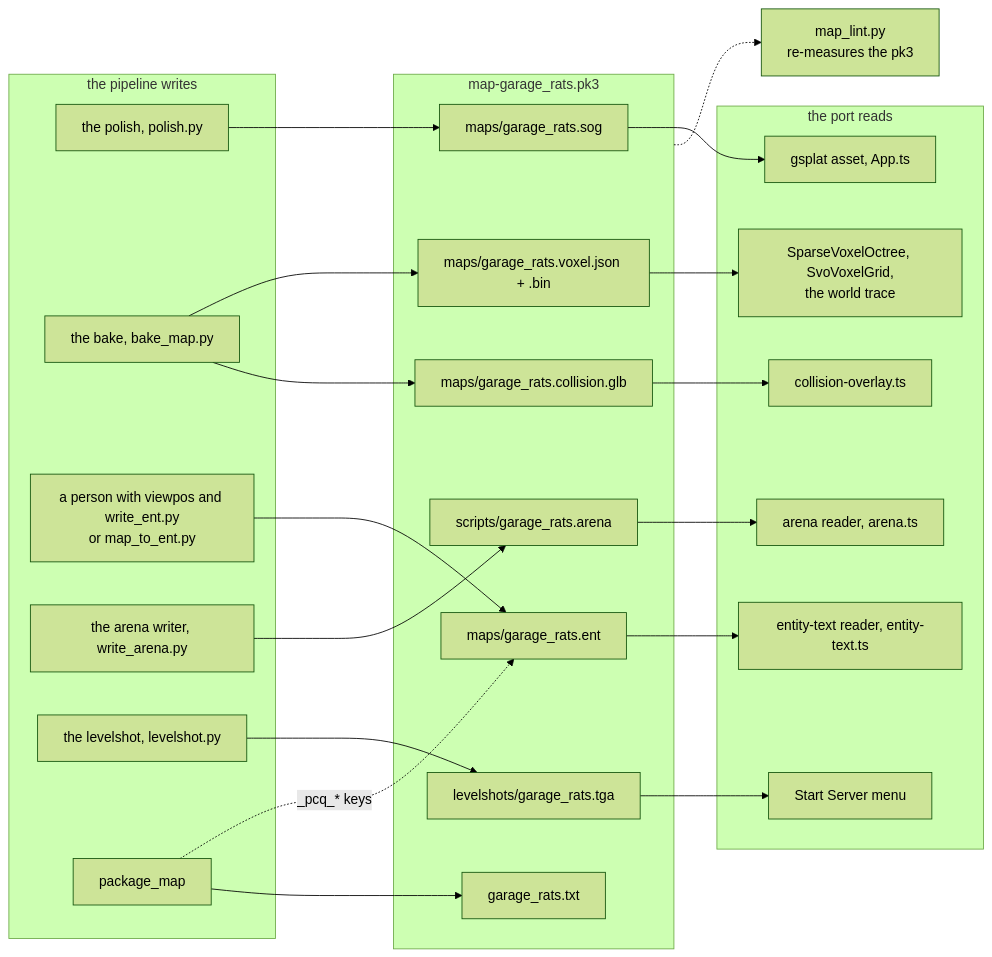
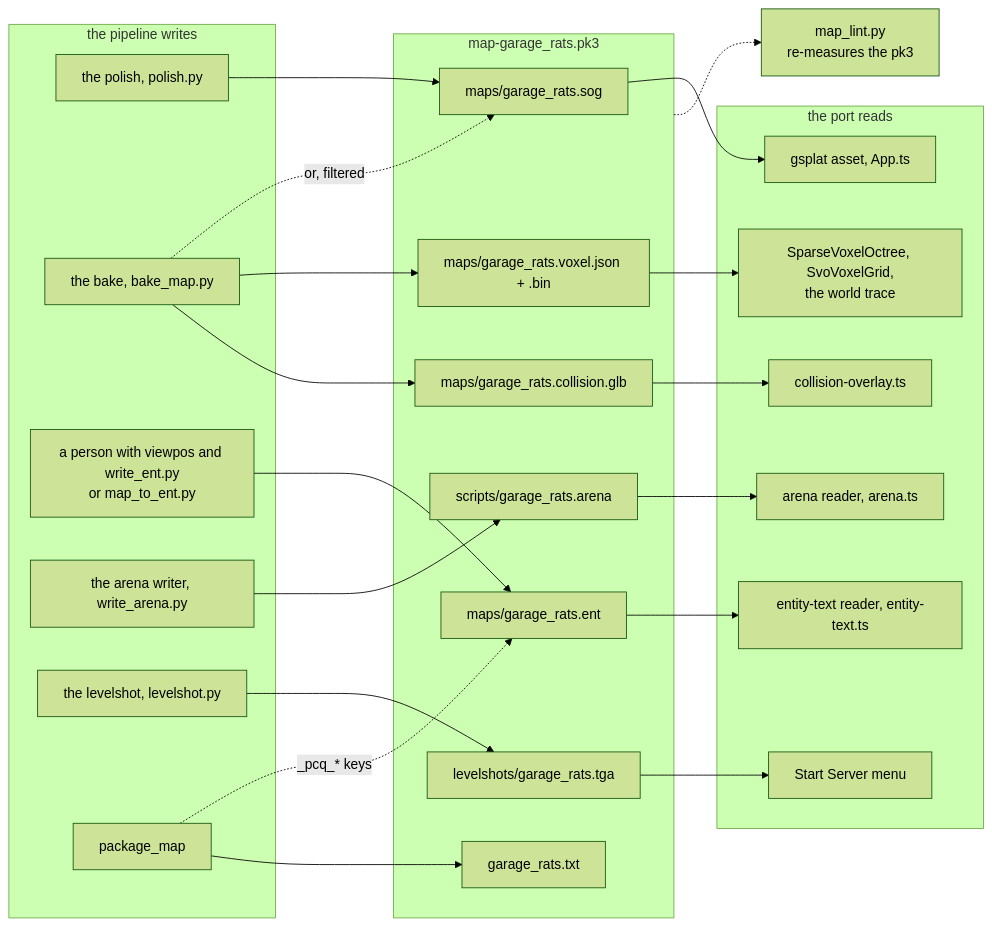
Before and after one commit to Loppas/playcanvas-quake3: the second of 4 diagrams in splat-maps/docs/map-format.md, drawn with Mermaid (forest theme). The commit also changed other lines of this file and 17 other files, not shown here.

````diff
--- a/splat-maps/docs/map-format.md
+++ b/splat-maps/docs/map-format.md
@@ -129,38 +129,39 @@
 ```mermaid
 flowchart LR
   subgraph W["the pipeline writes"]
     POL["the polish, polish.py"]
     BAKE["the bake, bake_map.py"]
     HAND["a person with viewpos and write_ent.py<br/>or map_to_ent.py"]
     ARW["the arena writer, write_arena.py"]
     LSW["the levelshot, levelshot.py"]
     PKG["package_map"]
   end
   subgraph F["map-garage_rats.pk3"]
     SOG["maps/garage_rats.sog"]
     VOX["maps/garage_rats.voxel.json + .bin"]
     GLB["maps/garage_rats.collision.glb"]
     ENT["maps/garage_rats.ent"]
     ARE["scripts/garage_rats.arena"]
     LSH["levelshots/garage_rats.tga"]
     TXT["garage_rats.txt"]
   end
   subgraph R["the port reads"]
     GS["gsplat asset, App.ts"]
     OCT["SparseVoxelOctree, SvoVoxelGrid,<br/>the world trace"]
     OVL["collision-overlay.ts"]
     ER["entity-text reader, entity-text.ts"]
     AR["arena reader, arena.ts"]
     UI["Start Server menu"]
   end
   LINT["map_lint.py<br/>re-measures the pk3"]
   POL --> SOG --> GS
+  BAKE -.->|"or, filtered"| SOG
   BAKE --> VOX --> OCT
   BAKE --> GLB --> OVL
   HAND --> ENT --> ER
   PKG -.->|"_pcq_* keys"| ENT
   ARW --> ARE --> AR
   LSW --> LSH --> UI
   PKG --> TXT
   F -.-> LINT
 ```
````
